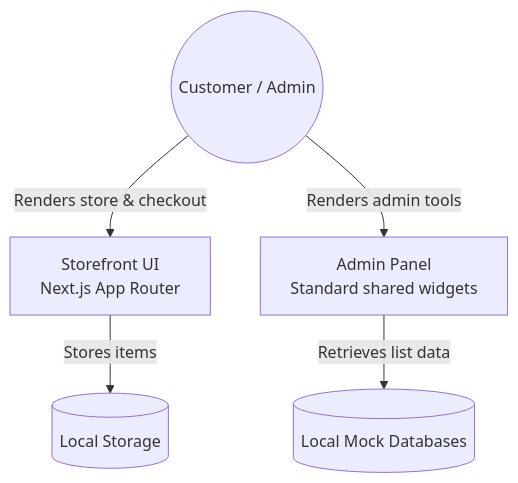
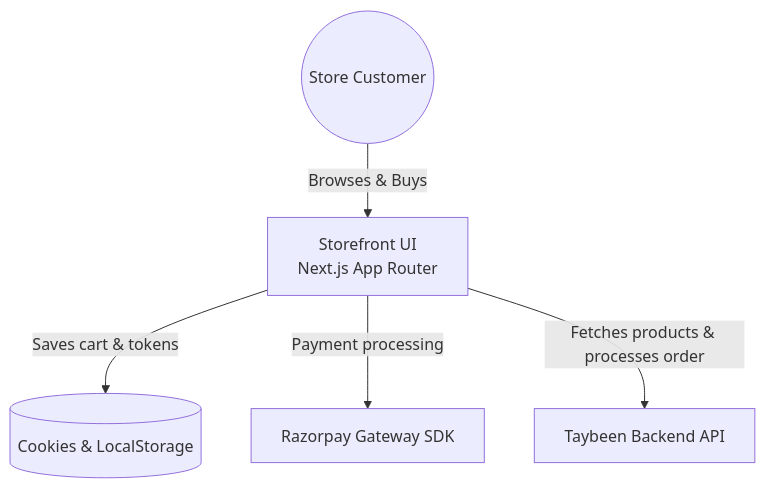
Before and after one commit to taybeen-healthy/taybeen-frontend: the diagram in README.md, drawn with Mermaid. The commit also changed other lines of this file and 8 other files, not shown here.

````diff
--- a/README.md
+++ b/README.md
@@ -79,8 +84,7 @@
 ```mermaid
 flowchart TD
-  user((Customer / Admin))
-  user -->|Renders store & checkout| storefront[Storefront UI<br/>Next.js App Router]
-  user -->|Renders admin tools| admin[Admin Panel<br/>Standard shared widgets]
-  storefront -->|Stores items| localstorage[(Local Storage)]
-  admin -->|Retrieves list data| data[(Local Mock Databases)]
+  user((Store Customer)) -->|Browses & Buys| storefront[Storefront UI<br/>Next.js App Router]
+  storefront -->|Saves cart & tokens| clientstorage[(Cookies & LocalStorage)]
+  storefront -->|Payment processing| razorpay[Razorpay Gateway SDK]
+  storefront -->|Fetches products & processes order| backend[Taybeen Backend API]
 ```
````
